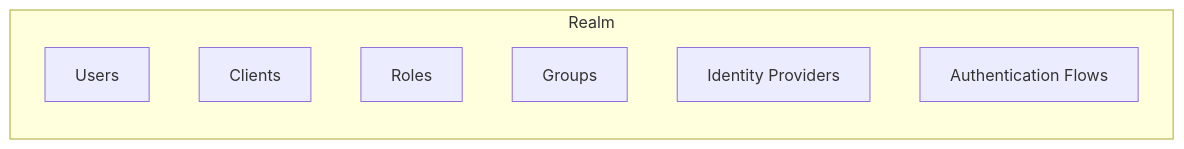
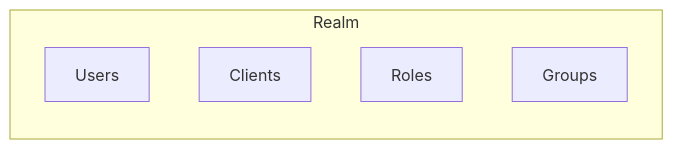
The diagram in README.md (sshaaf/keycloak-mcp-server), drawn with Mermaid before and after one commit. The commit also changed other lines of this file and 9 other files, not shown here.

````diff
--- a/README.md
+++ b/README.md
@@ -27,12 +27,10 @@
 ```mermaid
 graph LR
     subgraph Realm
         U[Users]
         C[Clients]
         R[Roles]
         G[Groups]
-        IdP[Identity Providers]
-        Auth[Authentication Flows]
     end
 
 ```
````
